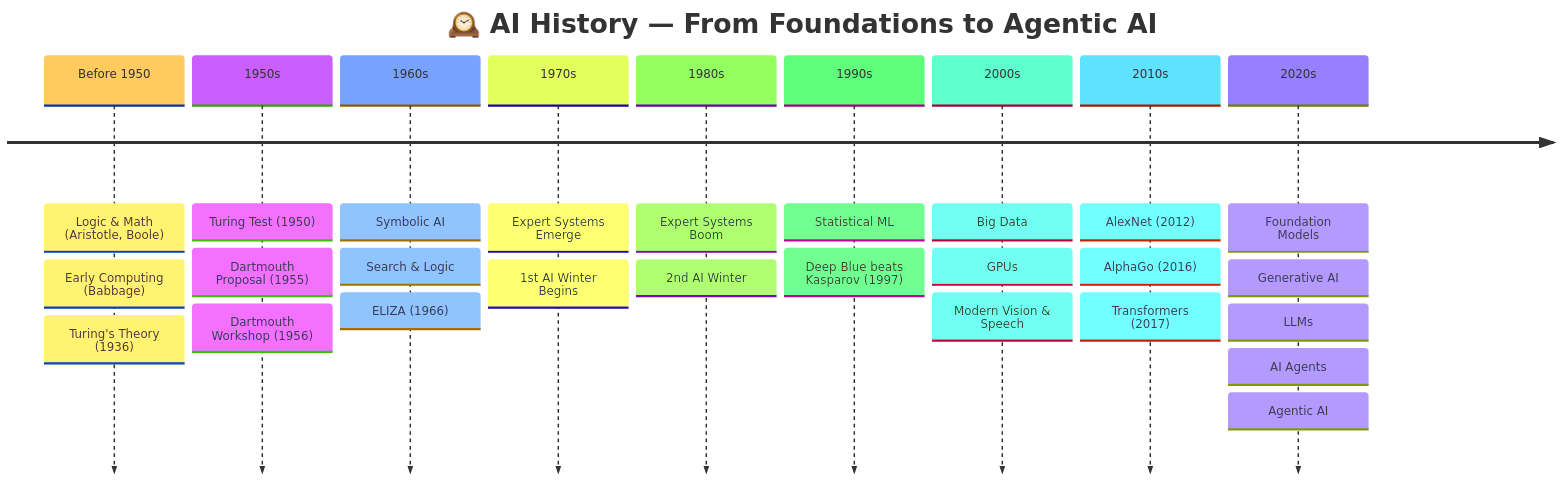
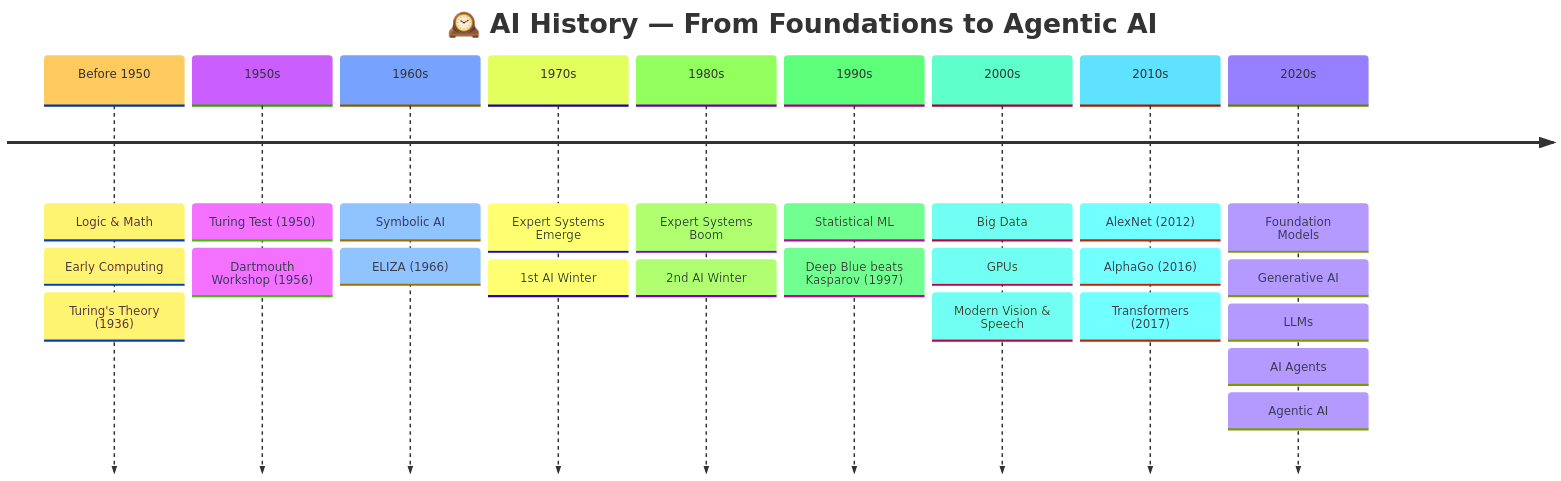
Before and after one commit to maliksiddiq/learning-agentic-ai: the third of 5 diagrams in Agentic Ai Learning/00 Introduction of Ai/readme.md, drawn with Mermaid. The commit also changed other lines of this file and 2 other files, not shown here.

````diff
--- a/Agentic Ai Learning/00 Introduction of Ai/readme.md
+++ b/Agentic Ai Learning/00 Introduction of Ai/readme.md
@@ -140,14 +116,14 @@
 ```mermaid
 %%{init: {'theme':'base'}}%%
 timeline
     title 🕰️ AI History — From Foundations to Agentic AI
-    Before 1950 : Logic & Math (Aristotle, Boole) : Early Computing (Babbage) : Turing's Theory (1936)
-    1950s : Turing Test (1950) : Dartmouth Proposal (1955) : Dartmouth Workshop (1956)
-    1960s : Symbolic AI : Search & Logic : ELIZA (1966)
-    1970s : Expert Systems Emerge : 1st AI Winter Begins
+    Before 1950 : Logic & Math : Early Computing : Turing's Theory (1936)
+    1950s : Turing Test (1950) : Dartmouth Workshop (1956)
+    1960s : Symbolic AI : ELIZA (1966)
+    1970s : Expert Systems Emerge : 1st AI Winter
     1980s : Expert Systems Boom : 2nd AI Winter
     1990s : Statistical ML : Deep Blue beats Kasparov (1997)
     2000s : Big Data : GPUs : Modern Vision & Speech
     2010s : AlexNet (2012) : AlphaGo (2016) : Transformers (2017)
     2020s : Foundation Models : Generative AI : LLMs : AI Agents : Agentic AI
 ```
````
